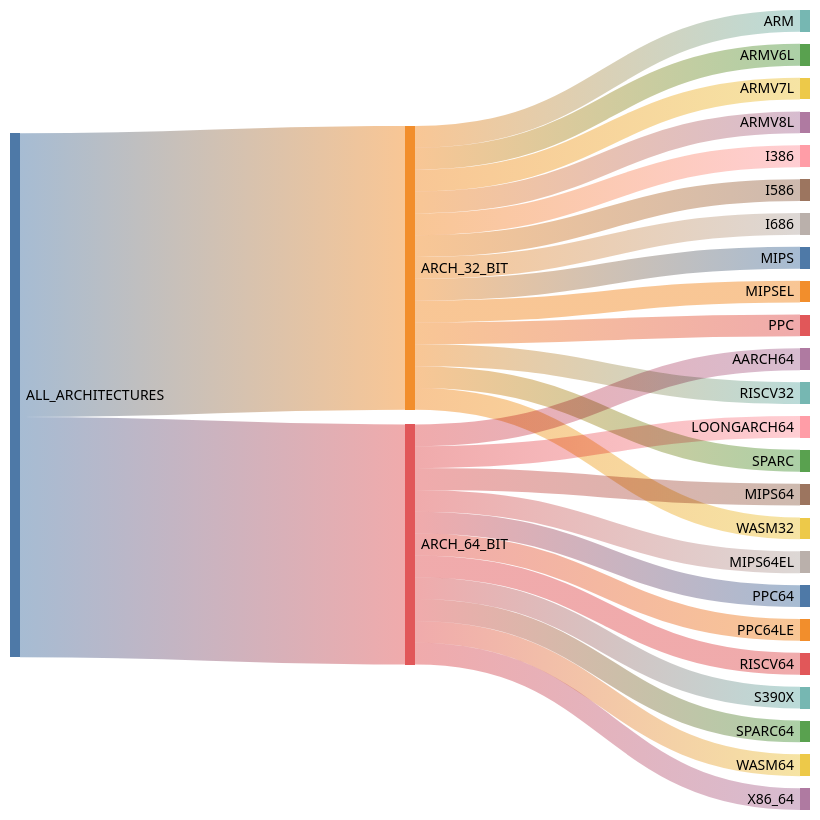
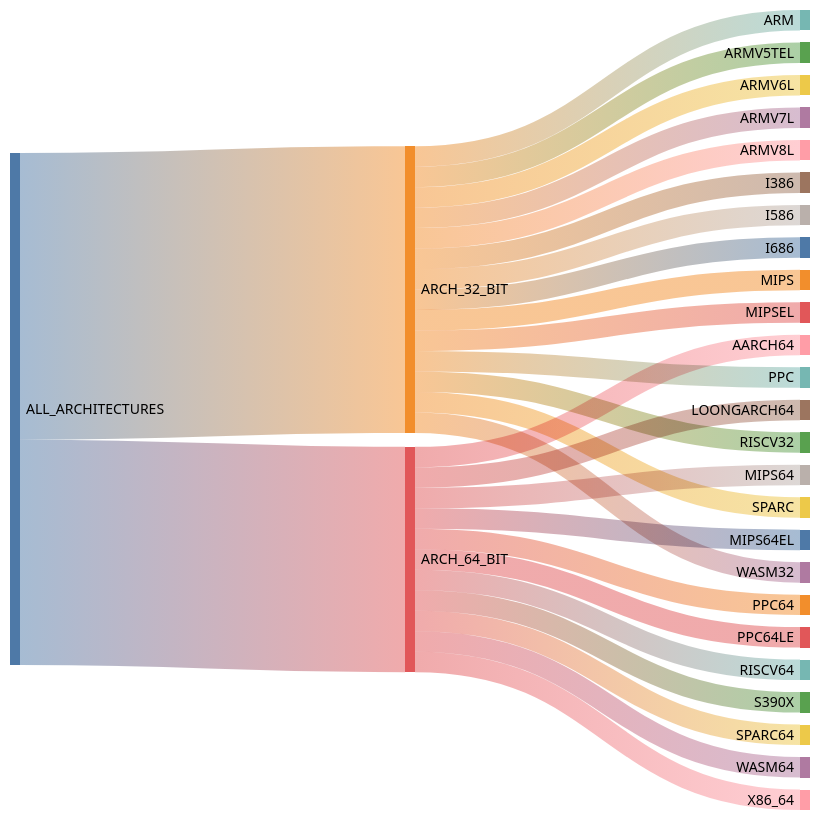
The third of 4 diagrams in docs/architectures.md (kdeldycke/extra-platforms), drawn with Mermaid (forest theme) before and after one commit. The commit also changed other lines of this file and 7 other files, not shown here.

````diff
--- a/docs/architectures.md
+++ b/docs/architectures.md
@@ -213,33 +216,34 @@
 ```mermaid
 ---
 config: {"sankey": {"showValues": false, "width": 800, "height": 800}}
 ---
 sankey-beta
 
-ALL_ARCHITECTURES,ARCH_32_BIT,13
+ALL_ARCHITECTURES,ARCH_32_BIT,14
 ALL_ARCHITECTURES,ARCH_64_BIT,11
 ARCH_32_BIT,ARM,1
+ARCH_32_BIT,ARMV5TEL,1
 ARCH_32_BIT,ARMV6L,1
 ARCH_32_BIT,ARMV7L,1
 ARCH_32_BIT,ARMV8L,1
 ARCH_32_BIT,I386,1
 ARCH_32_BIT,I586,1
 ARCH_32_BIT,I686,1
 ARCH_32_BIT,MIPS,1
 ARCH_32_BIT,MIPSEL,1
 ARCH_32_BIT,PPC,1
 ARCH_32_BIT,RISCV32,1
 ARCH_32_BIT,SPARC,1
 ARCH_32_BIT,WASM32,1
 ARCH_64_BIT,AARCH64,1
 ARCH_64_BIT,LOONGARCH64,1
 ARCH_64_BIT,MIPS64,1
 ARCH_64_BIT,MIPS64EL,1
 ARCH_64_BIT,PPC64,1
 ARCH_64_BIT,PPC64LE,1
 ARCH_64_BIT,RISCV64,1
 ARCH_64_BIT,S390X,1
 ARCH_64_BIT,SPARC64,1
 ARCH_64_BIT,WASM64,1
 ARCH_64_BIT,X86_64,1
 ```
````
